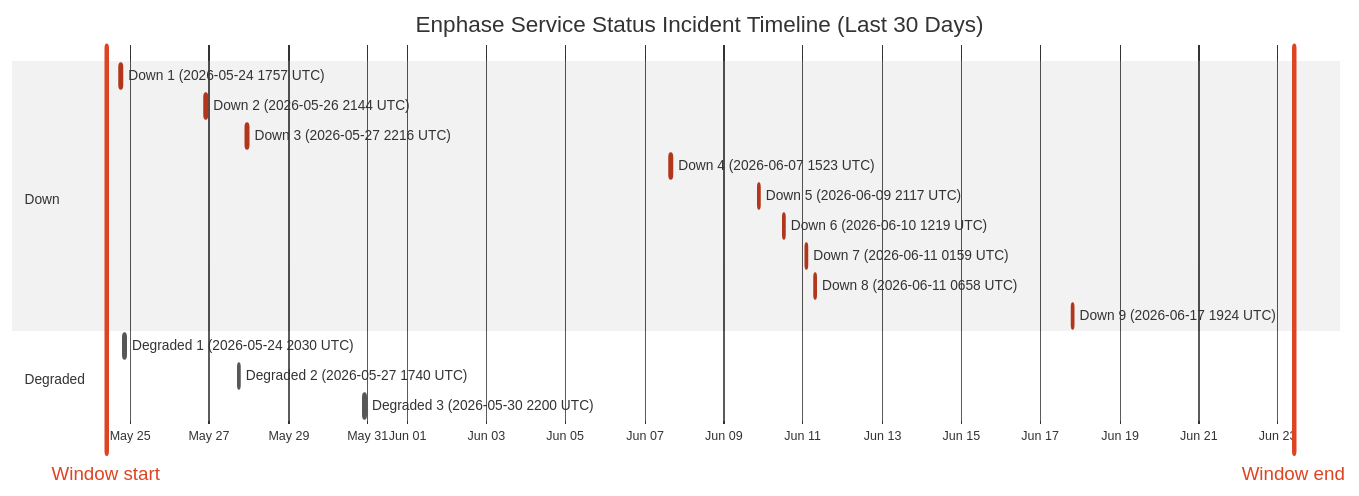
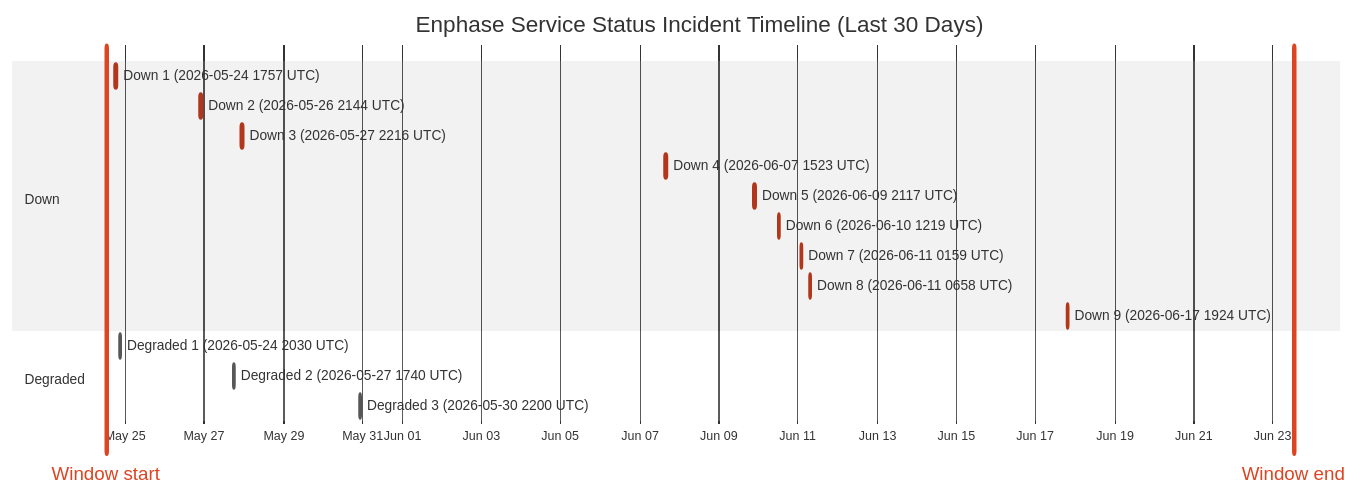
Before and after one commit to barneyonline/ha-enphase-energy: the diagram in wiki/Service-Status-History.md, drawn with Mermaid (neutral theme). The commit also changed other lines of this file and 3 other files, not shown here.

````diff
--- a/wiki/Service-Status-History.md
+++ b/wiki/Service-Status-History.md
@@ -14,22 +14,22 @@
 ```mermaid
 gantt
     title Enphase Service Status Incident Timeline (Last 30 Days)
     dateFormat  YYYY-MM-DDTHH:mm:ss
     axisFormat  %b %d
-    Window start :vert, window-start, 2026-05-24T09:36:18, 0ms
-    Window end :vert, window-end, 2026-06-23T09:36:18, 0ms
+    Window start :vert, window-start, 2026-05-24T12:31:22, 0ms
+    Window end :vert, window-end, 2026-06-23T12:31:22, 0ms
     section Down
     Down 1 (2026-05-24 1757 UTC) :crit, down-1, 2026-05-24T17:57:41, 86m
     Down 2 (2026-05-26 2144 UTC) :crit, down-2, 2026-05-26T21:44:11, 85m
     Down 3 (2026-05-27 2216 UTC) :crit, down-3, 2026-05-27T22:16:53, 87m
     Down 4 (2026-06-07 1523 UTC) :crit, down-4, 2026-06-07T15:23:22, 87m
     Down 5 (2026-06-09 2117 UTC) :crit, down-5, 2026-06-09T21:17:17, 60m
     Down 6 (2026-06-10 1219 UTC) :crit, down-6, 2026-06-10T12:19:21, 60m
     Down 7 (2026-06-11 0159 UTC) :crit, down-7, 2026-06-11T01:59:36, 60m
     Down 8 (2026-06-11 0658 UTC) :crit, down-8, 2026-06-11T06:58:45, 60m
     Down 9 (2026-06-17 1924 UTC) :crit, down-9, 2026-06-17T19:24:51, 60m
     section Degraded
     Degraded 1 (2026-05-24 2030 UTC) :active, degraded-1, 2026-05-24T20:30:57, 84m
     Degraded 2 (2026-05-27 1740 UTC) :active, degraded-2, 2026-05-27T17:40:52, 60m
     Degraded 3 (2026-05-30 2200 UTC) :active, degraded-3, 2026-05-30T22:00:37, 60m
 ```
````
